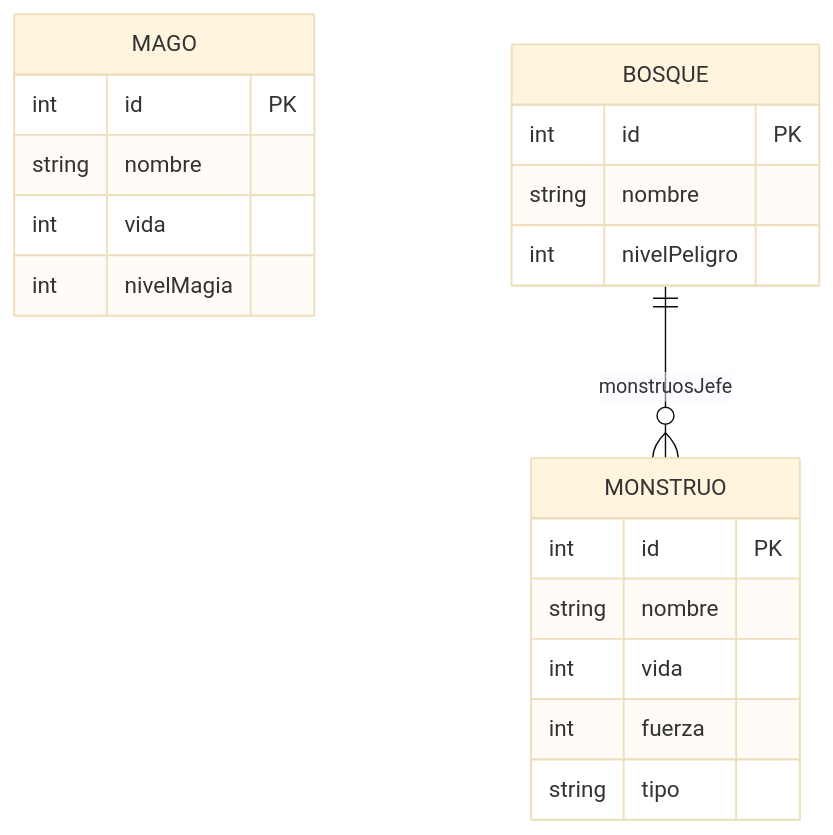
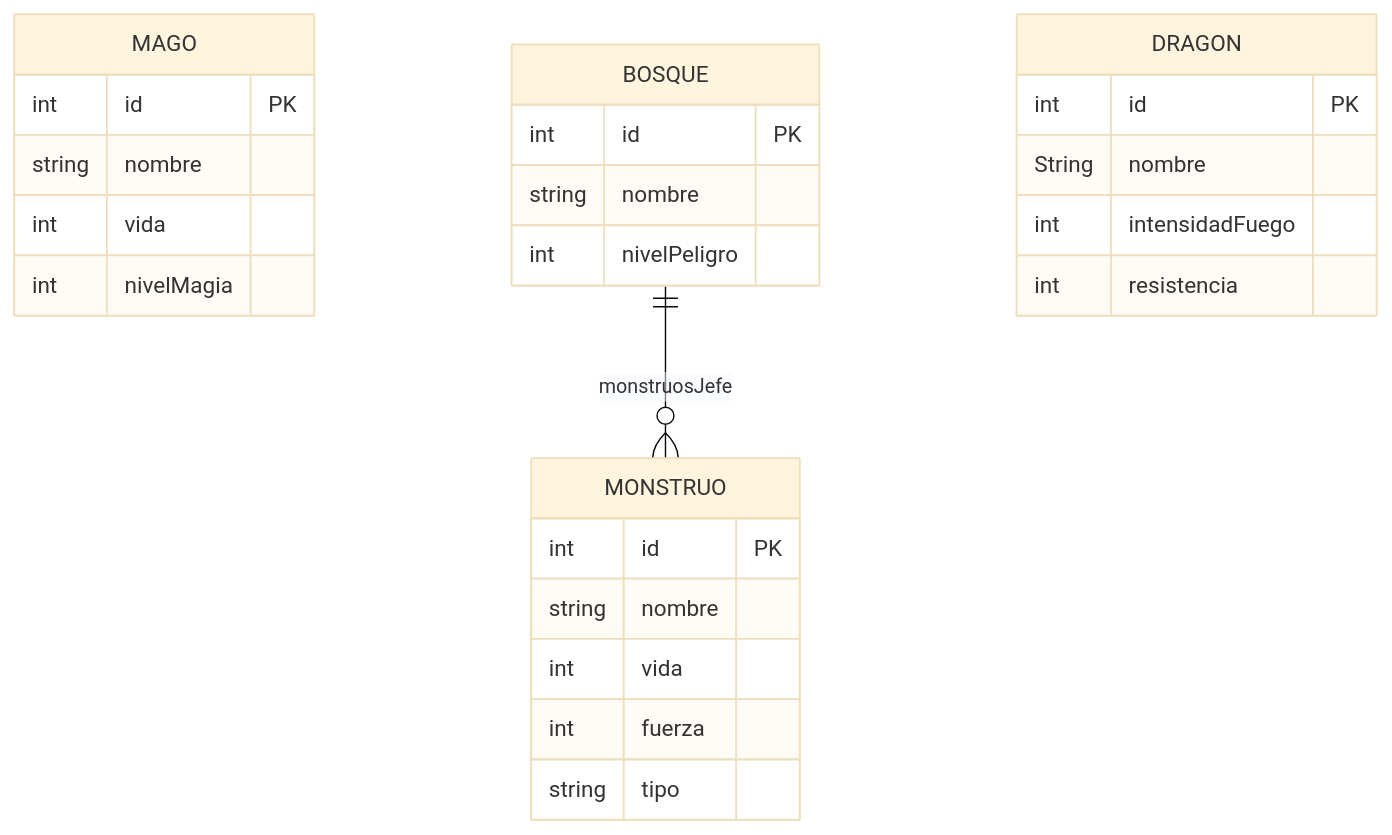
Before and after one commit to AnxoB/dragolandiav2: the second of 2 diagrams in readme.md, drawn with Mermaid (base theme). The commit also changed other lines of this file and 16 other files, not shown here.

````diff
--- a/readme.md
+++ b/readme.md
@@ -56,27 +57,36 @@
 ```mermaid
 erDiagram
 
     MAGO {
         int id PK
         string nombre
         int vida
         int nivelMagia
     }
 
     MONSTRUO {
         int id PK
         string nombre
         int vida
         int fuerza
         string tipo
     }
 
     BOSQUE {
         int id PK
         string nombre
         int nivelPeligro
     }
 
+    DRAGON {
+        int id PK
+        String nombre 
+        int intensidadFuego
+        int resistencia
+    }
+
     %% Relaciones
     BOSQUE ||--o{ MONSTRUO : "monstruosJefe"
+    
+
 ```
````
